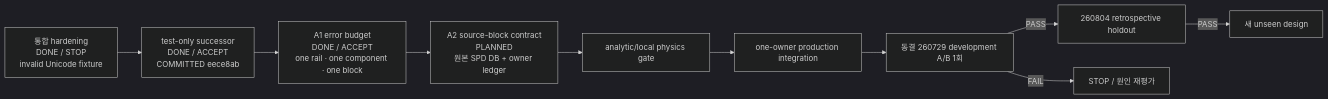
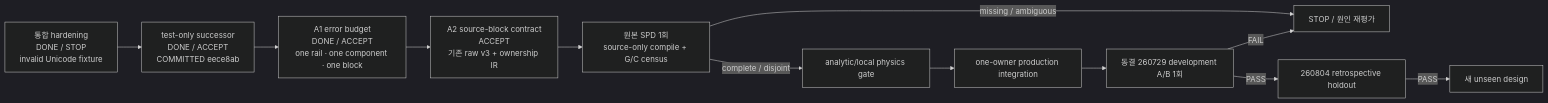
One commit to yunhyok/spd-decap-pi-evaluator changed the diagram in docs/PRODUCT_PURPOSE_AND_TECHNICAL_BASELINE.md. Above: the diagram before and after it, drawn with Mermaid (dark theme). The commit also changed other lines of this file and 1 other file, not shown here.

Commit message:
docs: freeze source block census contract

````diff
--- a/docs/PRODUCT_PURPOSE_AND_TECHNICAL_BASELINE.md
+++ b/docs/PRODUCT_PURPOSE_AND_TECHNICAL_BASELINE.md
@@ -135,12 +135,14 @@
 ```mermaid
 flowchart LR
     H["통합 hardening<br/>DONE / STOP<br/>invalid Unicode fixture"] --> X["test-only successor<br/>DONE / ACCEPT<br/>COMMITTED eece8ab"]
     X --> E["A1 error budget<br/>DONE / ACCEPT<br/>one rail · one component · one block"]
-    E --> D["A2 source-block contract<br/>PLANNED<br/>원본 SPD DB + owner ledger"]
-    D --> L["analytic/local physics gate"]
+    E --> D["A2 source-block contract<br/>ACCEPT<br/>기존 raw v3 + ownership IR"]
+    D --> C["원본 SPD 1회<br/>source-only compile + G/C census"]
+    C -->|complete / disjoint| L["analytic/local physics gate"]
+    C -->|missing / ambiguous| S
     L --> I["one-owner production integration"]
     I --> A["동결 260729 development A/B 1회"]
     A -->|PASS| R["260804 retrospective holdout"]
     R -->|PASS| U["새 unseen design"]
     A -->|FAIL| S["STOP / 원인 재평가"]
 ```
````
